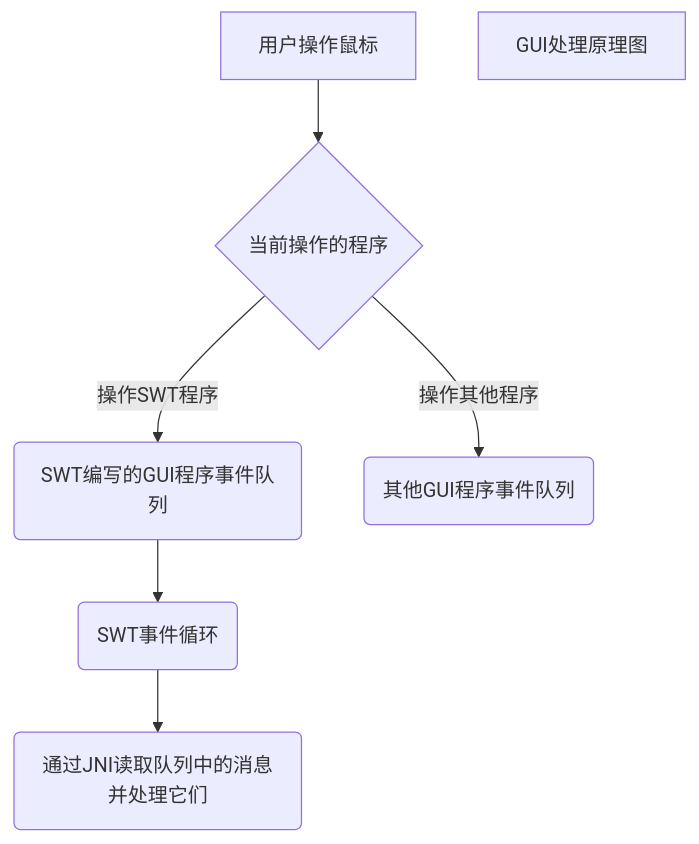
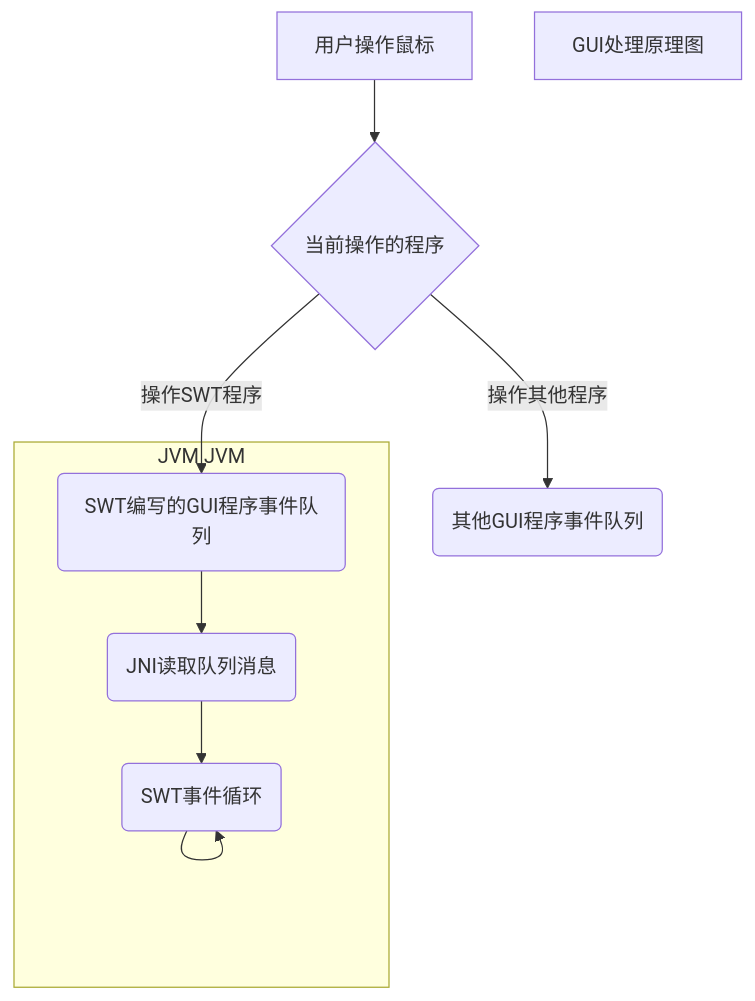
Before and after one commit to aw2279140042/eclipse-: the first of 3 diagrams in Eclipse插件开发笔记.md, drawn with Mermaid. The commit also changed other lines of this file, not shown here.

````diff
--- a/Eclipse插件开发笔记.md
+++ b/Eclipse插件开发笔记.md
@@ -173,9 +173,12 @@
 ```mermaid
 graph TD
 A[用户操作鼠标]-->B{当前操作的程序}
 B-->|操作SWT程序|C(SWT编写的GUI程序事件队列)
 B-->|操作其他程序|D(其他GUI程序事件队列)
-C-->E(SWT事件循环)
-E-->F(通过JNI读取队列中的消息并处理它们)
+subgraph JVM JVM
+C-->G(JNI读取队列消息)
+G-->E(SWT事件循环)
+E-->E
+end
 P[GUI处理原理图]
 ```
````
